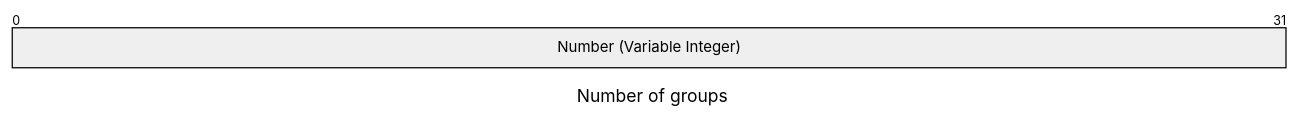
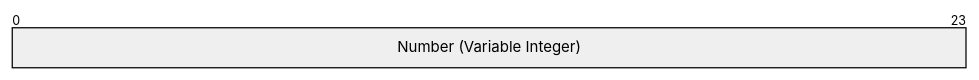
One commit to AquaBx/msink-reader changed the fifth of 9 diagrams in README.md. Above: the diagram before and after it, drawn with Mermaid. The commit also changed other lines of this file, not shown here.

````diff
--- a/README.md
+++ b/README.md
@@ -42,7 +69,6 @@
 ```mermaid
----
-title: "Number of groups"
----
+%%{init: { "packet": { "bitsPerRow": 24 } }}%%
+
 packet
-0-31: "Number (Variable Integer)"
++24: "Number (Variable Integer)"
 ```
````
